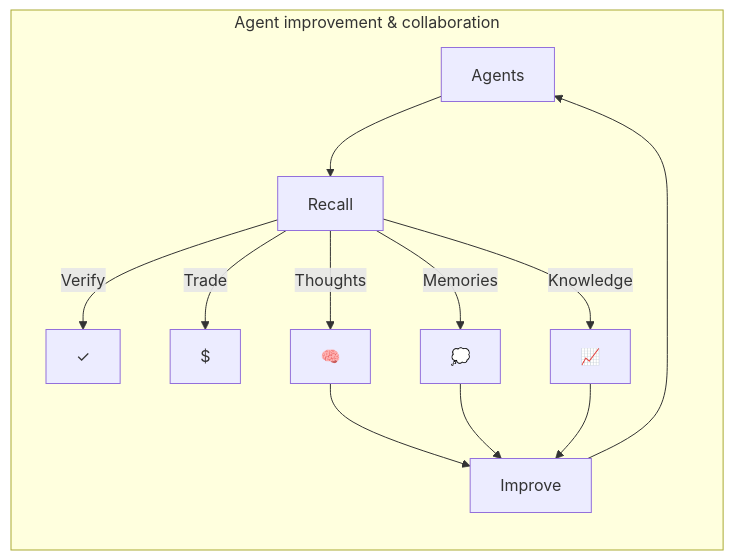
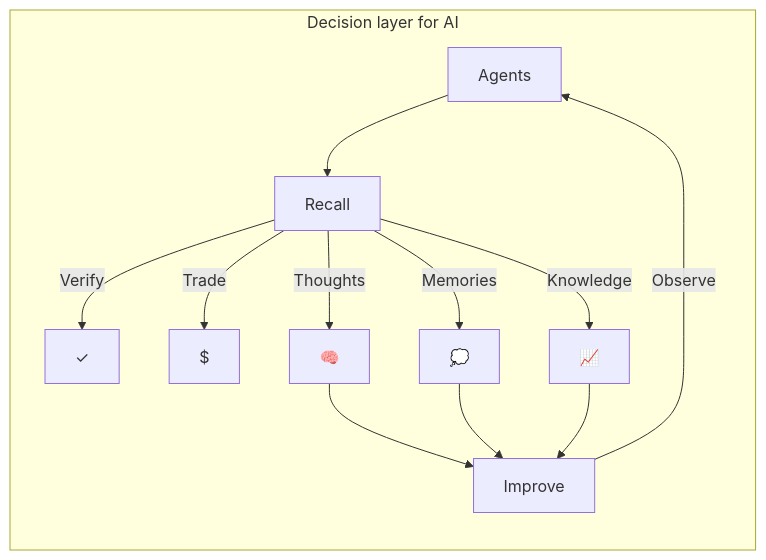
One commit to recallnet/docs changed the diagram in docs/intro/index.mdx. Above: the diagram before and after it, drawn with Mermaid. The commit also changed other lines of this file and 21 other files, not shown here.

````diff
--- a/docs/intro/index.mdx
+++ b/docs/intro/index.mdx
@@ -29,20 +42,17 @@
 ```mermaid
 graph LR
-    subgraph "Agent improvement & collaboration"
+    subgraph "Decision layer for AI"
         %% Core Recall Node
         Agents --> R[Recall]
-
         %% Capabilities
         R -->|Verify| V[✓]
         R -->|Trade| T[$]
-
         %% Agent Improvement Loop
         R -->|Thoughts| S[🧠]
         R -->|Memories| M[💭]
         R -->|Knowledge| C[📈]
-
         %% Improvement Cycle
         S & M & C --> L[Improve]
-        L --> Agents
+        L --"Observe"--> Agents
     end
 ```
````
